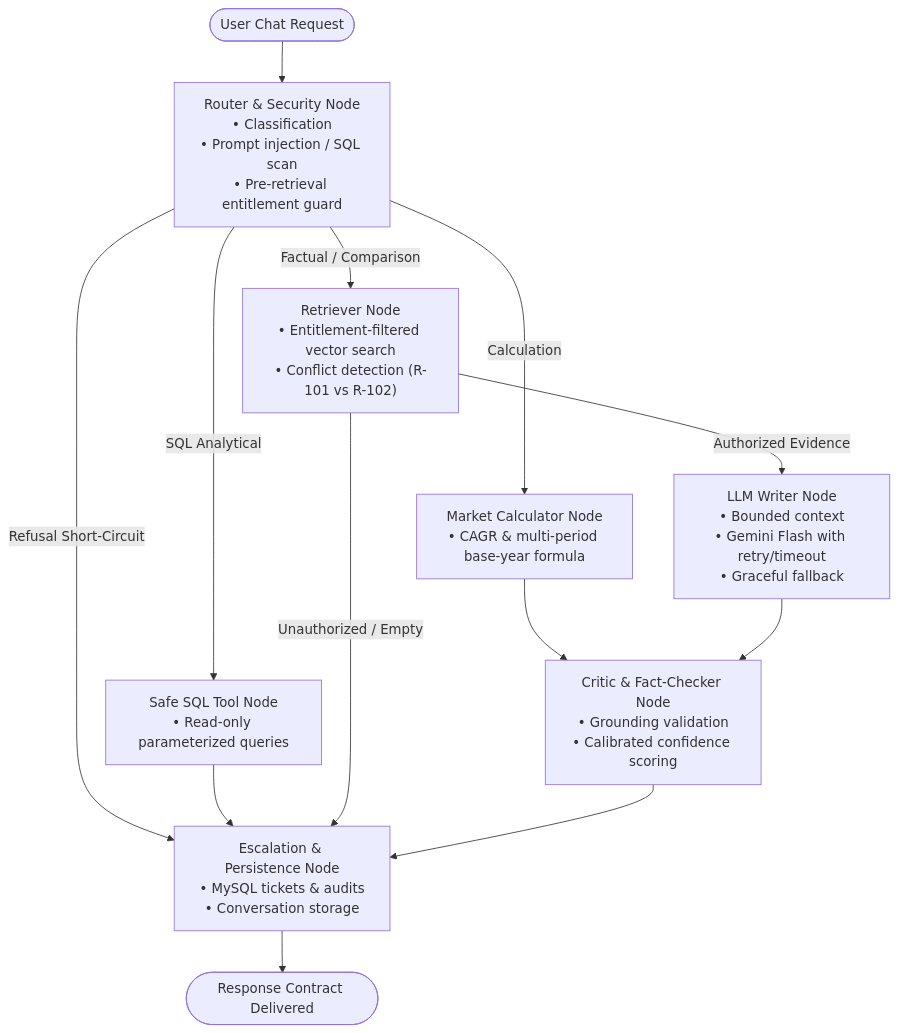
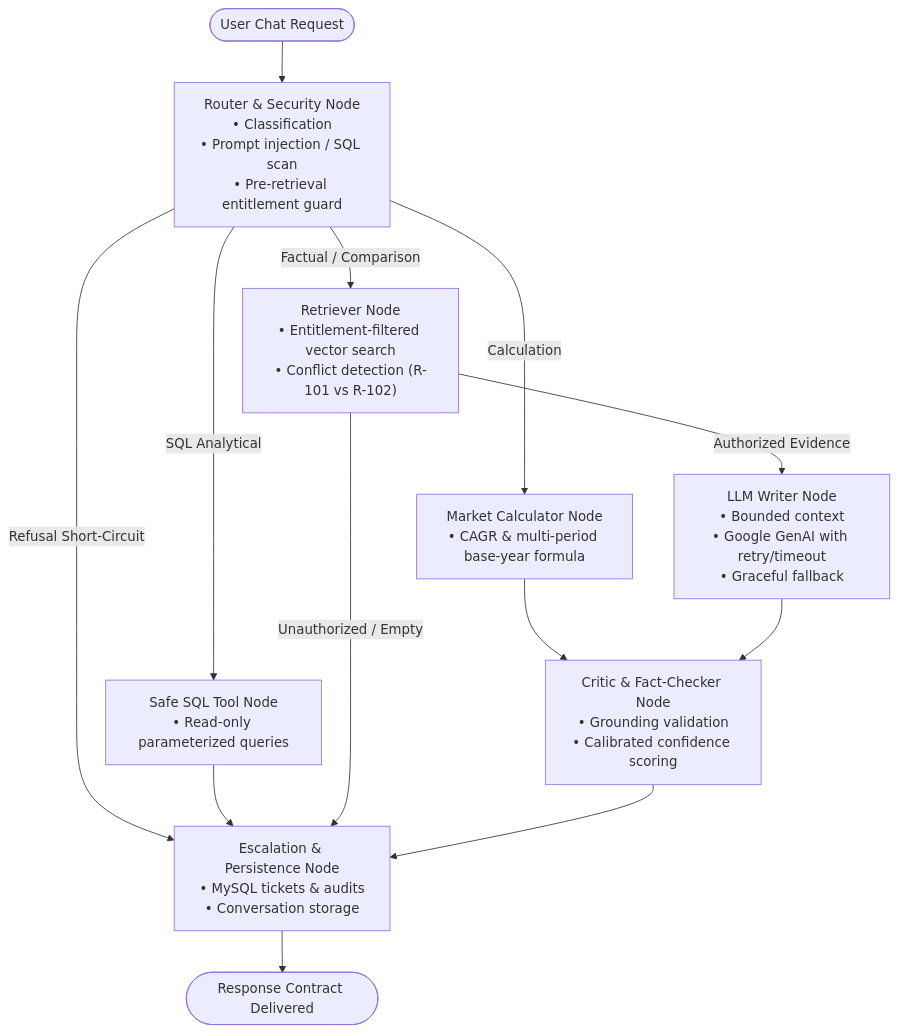
One commit to Sushant-shringi/project-atlas changed the second of 2 diagrams in README.md. Above: the diagram before and after it, drawn with Mermaid. The commit also changed other lines of this file and 3 other files, not shown here.

````diff
--- a/README.md
+++ b/README.md
@@ -69,18 +73,18 @@
 ```mermaid
 graph TD
     Start([User Chat Request]) --> Router["Router & Security Node<br/>• Classification<br/>• Prompt injection / SQL scan<br/>• Pre-retrieval entitlement guard"]
     
     Router -->|Refusal Short-Circuit| Escalation["Escalation & Persistence Node<br/>• MySQL tickets & audits<br/>• Conversation storage"]
     Router -->|SQL Analytical| SQLTool["Safe SQL Tool Node<br/>• Read-only parameterized queries"]
     Router -->|Calculation| Calculator["Market Calculator Node<br/>• CAGR & multi-period base-year formula"]
     Router -->|Factual / Comparison| Retriever["Retriever Node<br/>• Entitlement-filtered vector search<br/>• Conflict detection (R-101 vs R-102)"]
     
     SQLTool --> Escalation
     Calculator --> Critic["Critic & Fact-Checker Node<br/>• Grounding validation<br/>• Calibrated confidence scoring"]
     Retriever -->|Unauthorized / Empty| Escalation
-    Retriever -->|Authorized Evidence| Writer["LLM Writer Node<br/>• Bounded context<br/>• Gemini Flash with retry/timeout<br/>• Graceful fallback"]
+    Retriever -->|Authorized Evidence| Writer["LLM Writer Node<br/>• Bounded context<br/>• Google GenAI with retry/timeout<br/>• Graceful fallback"]
     
     Writer --> Critic
     Critic --> Escalation
     Escalation --> End([Response Contract Delivered])
 ```
````
